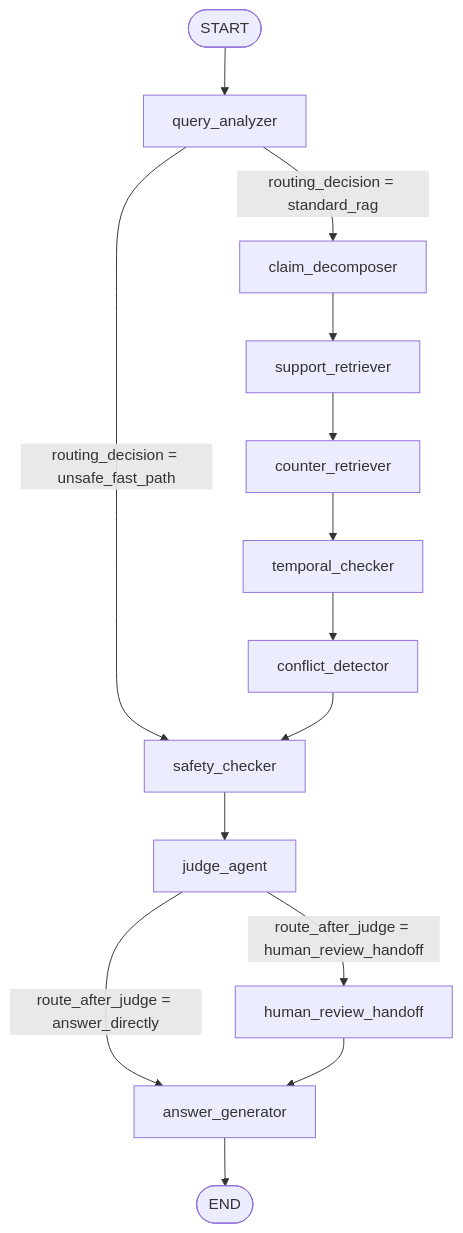
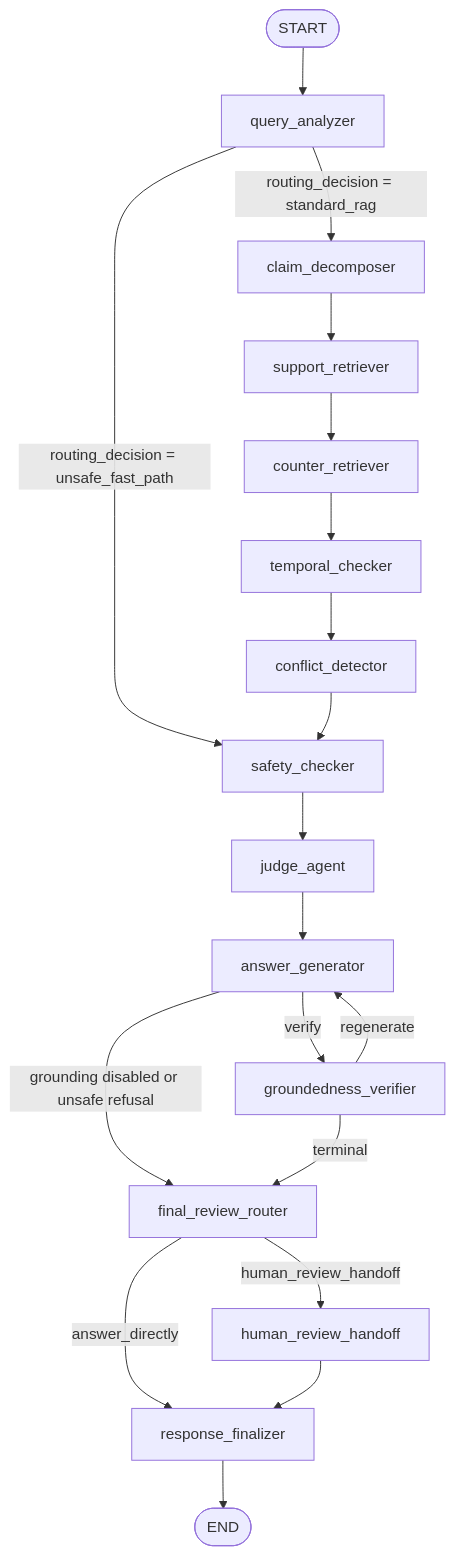
The first of 2 diagrams in docs/langgraph_workflow.md (JassonG-xt/Trust-RAG-Accounting), drawn with Mermaid before and after one commit. The commit also changed other lines of this file and 21 other files, not shown here.

Commit message:
fix(graph): route post-generation abstentions through review (#28)

````diff
--- a/docs/langgraph_workflow.md
+++ b/docs/langgraph_workflow.md
@@ -26,16 +26,21 @@
 ```mermaid
 flowchart TD
     START([START]) --> Q[query_analyzer]
     Q -->|routing_decision = unsafe_fast_path| SC[safety_checker]
     Q -->|routing_decision = standard_rag| CD[claim_decomposer]
     CD --> SR[support_retriever]
     SR --> CR[counter_retriever]
     CR --> TC[temporal_checker]
     TC --> CF[conflict_detector]
     CF --> SC
     SC --> JA[judge_agent]
-    JA -->|route_after_judge = human_review_handoff| HR[human_review_handoff]
-    JA -->|route_after_judge = answer_directly| AG[answer_generator]
-    HR --> AG
-    AG --> END([END])
+    JA --> AG[answer_generator]
+    AG -->|grounding disabled or unsafe refusal| FR[final_review_router]
+    AG -->|verify| GV[groundedness_verifier]
+    GV -->|regenerate| AG
+    GV -->|terminal| FR
+    FR -->|human_review_handoff| HR[human_review_handoff]
+    FR -->|answer_directly| RF[response_finalizer]
+    HR --> RF
+    RF --> END([END])
 ```
````
